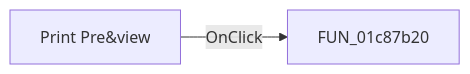
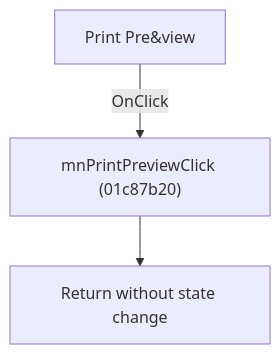
One commit to MovGP0/TIARA changed the diagram in docs/ui-controls/schematiceditor/mnprintpreview-480751b19b.md. Above: the diagram before and after it, drawn with Mermaid. The commit also changed other lines of this file and 1062 other files, not shown here.

````diff
--- a/docs/ui-controls/schematiceditor/mnprintpreview-480751b19b.md
+++ b/docs/ui-controls/schematiceditor/mnprintpreview-480751b19b.md
@@ -27,4 +27,5 @@
 ```mermaid
-flowchart LR
-    control["Print Pre&view"] -->|OnClick| handler["FUN_01c87b20"]
+flowchart TD
+    control["Print Pre&view"] -->|"OnClick"| handler["mnPrintPreviewClick (01c87b20)"]
+    handler --> return["Return without state change"]
 ```
````
